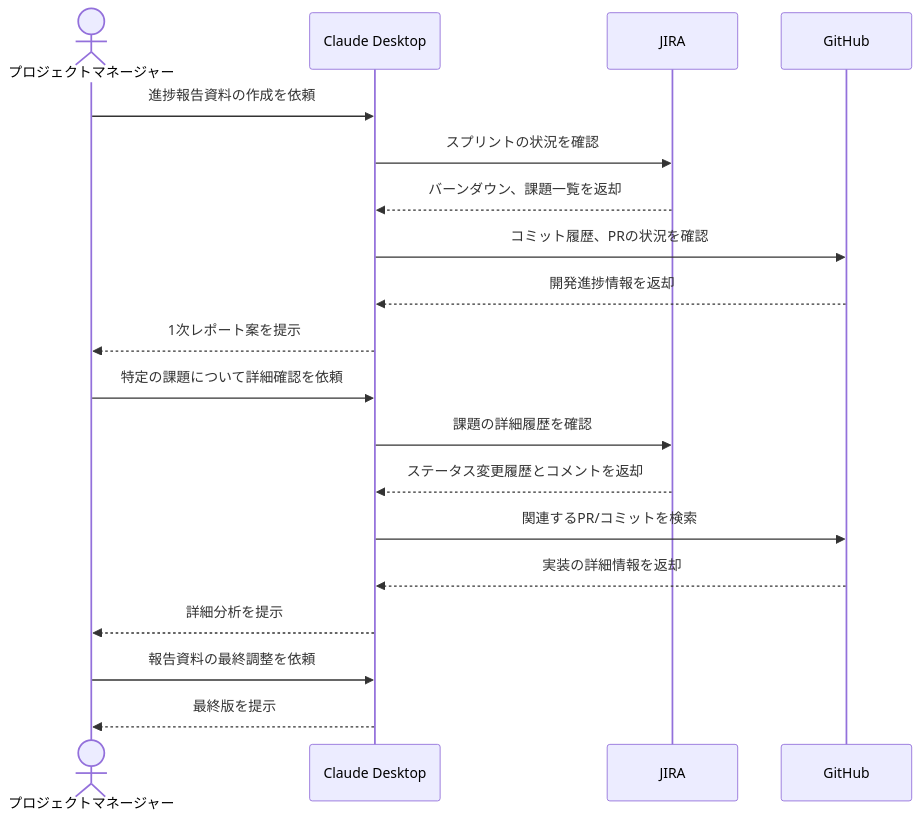
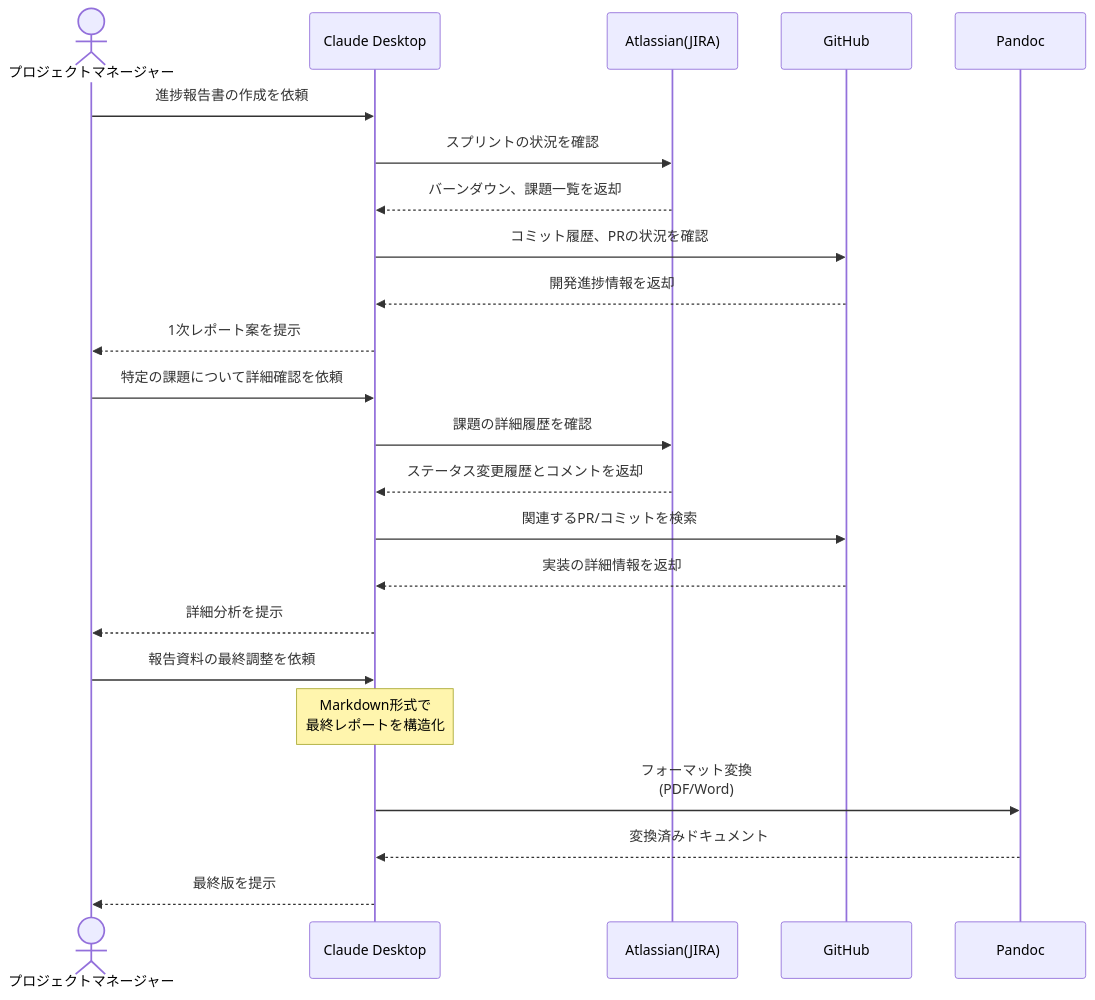
Before and after one commit to po-shu/mcp-100-ideas: the diagram in docs/02_プロジェクト/JIRAから進捗報告資料を自動生成する.md, drawn with Mermaid. The commit also changed other lines of this file and 2 other files, not shown here.

````diff
--- a/docs/02_プロジェクト/JIRAから進捗報告資料を自動生成する.md
+++ b/docs/02_プロジェクト/JIRAから進捗報告資料を自動生成する.md
@@ -19,26 +18,33 @@
 ```mermaid
 sequenceDiagram
     actor PM as プロジェクトマネージャー
     participant Claude as Claude Desktop
-    participant JIRA as JIRA
+    participant JIRA as Atlassian(JIRA)
     participant GH as GitHub
+    participant Pandoc as Pandoc
 
-    PM->>Claude: 進捗報告資料の作成を依頼
+    PM->>Claude: 進捗報告書の作成を依頼
     Claude->>JIRA: スプリントの状況を確認
     JIRA-->>Claude: バーンダウン、課題一覧を返却
     
     Claude->>GH: コミット履歴、PRの状況を確認
     GH-->>Claude: 開発進捗情報を返却
     
     Claude-->>PM: 1次レポート案を提示
     PM->>Claude: 特定の課題について詳細確認を依頼
     
     Claude->>JIRA: 課題の詳細履歴を確認
     JIRA-->>Claude: ステータス変更履歴とコメントを返却
     Claude->>GH: 関連するPR/コミットを検索
     GH-->>Claude: 実装の詳細情報を返却
     
     Claude-->>PM: 詳細分析を提示
     PM->>Claude: 報告資料の最終調整を依頼
+
+    Note over Claude: Markdown形式で<br/>最終レポートを構造化
+    
+    Claude->>Pandoc: フォーマット変換<br/>(PDF/Word)
+    Pandoc-->>Claude: 変換済みドキュメント
+    
     Claude-->>PM: 最終版を提示
 ```
````
